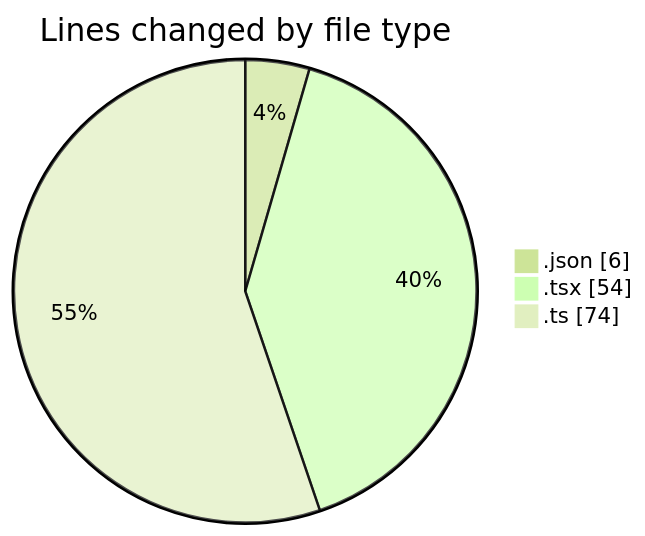
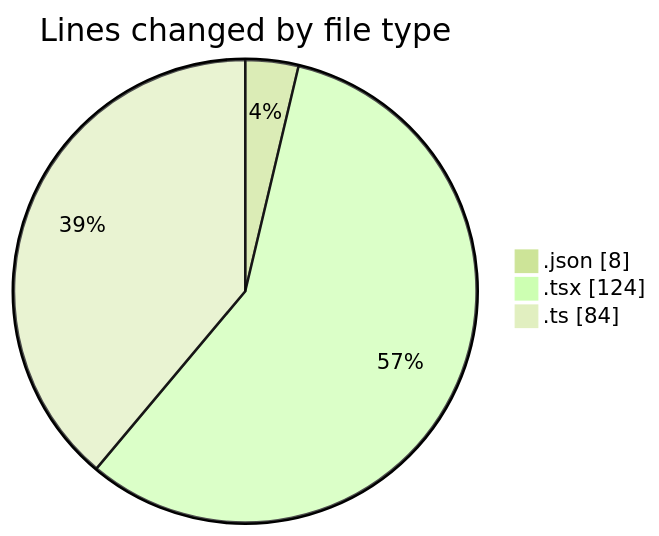
One commit to Elitesun/code-tracking changed the first of 2 diagrams in 2025-05-01/niten/README.md. Above: the diagram before and after it, drawn with Mermaid (forest theme). The commit also changed other lines of this file and 1 other file, not shown here.

````diff
--- a/2025-05-01/niten/README.md
+++ b/2025-05-01/niten/README.md
@@ -25,7 +25,7 @@
 ```mermaid
 pie showData
 title Lines changed by file type
-".json" : 6
-".tsx" : 54
-".ts" : 74
+".json" : 8
+".tsx" : 124
+".ts" : 84
 ```
````
